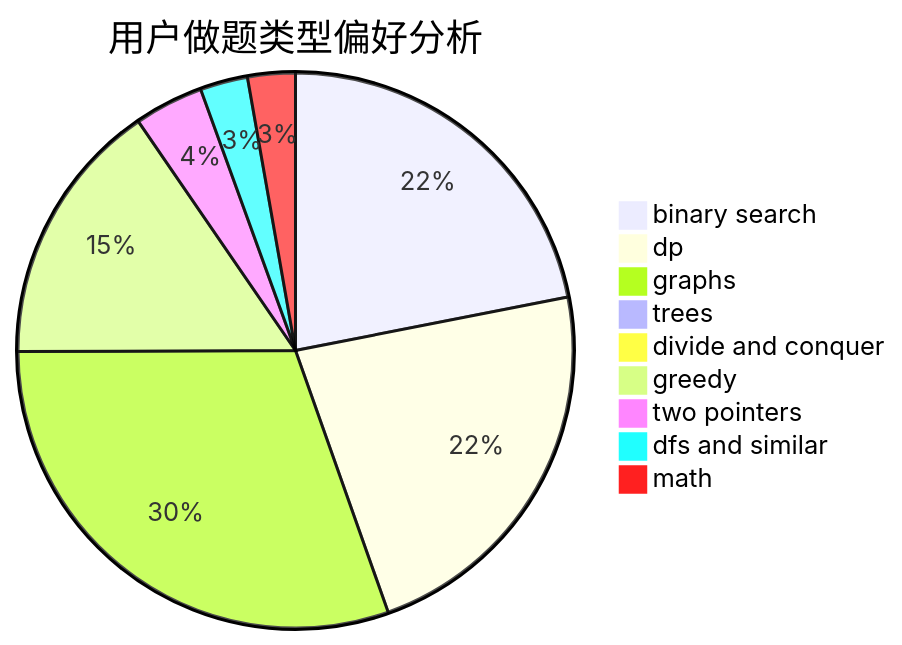
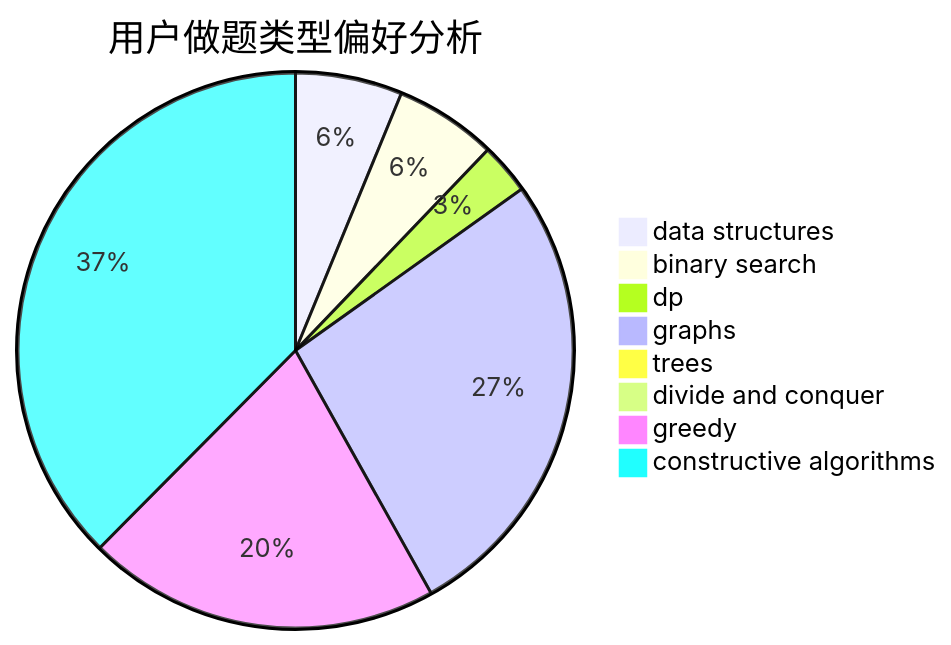
The second of 3 diagrams in docs/user/u971.md (sherpahu/cfrs.github.io), drawn with Mermaid before and after one commit. The commit also changed other lines of this file and 2775 other files, not shown here.

````diff
--- a/docs/user/u971.md
+++ b/docs/user/u971.md
@@ -23,12 +23,11 @@
 ```mermaid
 pie title 用户做题类型偏好分析
-    "binary search" :  174
-    "dp" :  180
-    "graphs" :  241
-    "trees" :  6
-    "divide and conquer" :  5
-    "greedy" :  123
-    "two pointers" :  32
-    "dfs and similar" :  22
-    "math" :  22
+    "data structures" :  23
+    "binary search" :  22
+    "dp" :  11
+    "graphs" :  99
+    "trees" :  2
+    "divide and conquer" :  0
+    "greedy" :  76
+    "constructive algorithms" :  139
 ```
````
